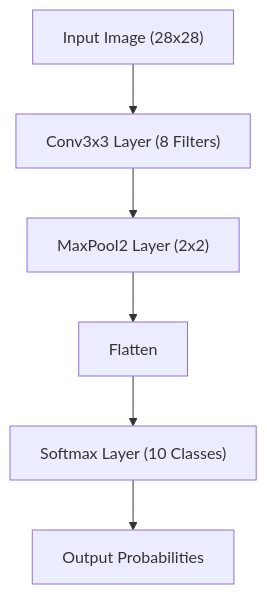
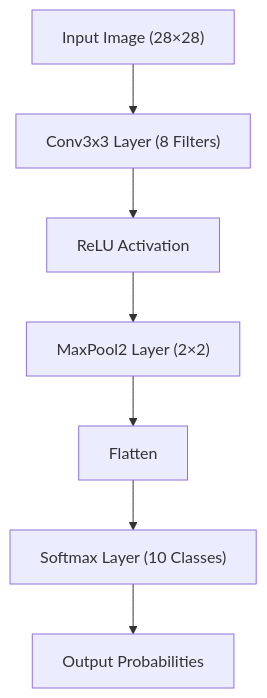
Before and after one commit to Vatsal212005/CNN-Scratch: the first of 2 diagrams in README.md, drawn with Mermaid. The commit also changed other lines of this file, not shown here.

````diff
--- a/README.md
+++ b/README.md
@@ -24,9 +30,9 @@
-```mermaid
+``` mermaid
 graph TD
-    A["Input Image (28x28)"] --> B["Conv3x3 Layer (8 Filters)"]
-    B --> C["MaxPool2 Layer (2x2)"]
-    C --> D["Flatten"]
-    D --> E["Softmax Layer (10 Classes)"]
-    E --> F["Output Probabilities"]
-
+    A["Input Image (28×28)"] --> B["Conv3x3 Layer (8 Filters)"]
+    B --> C["ReLU Activation"]
+    C --> D["MaxPool2 Layer (2×2)"]
+    D --> E["Flatten"]
+    E --> F["Softmax Layer (10 Classes)"]
+    F --> G["Output Probabilities"]
 ```
````
